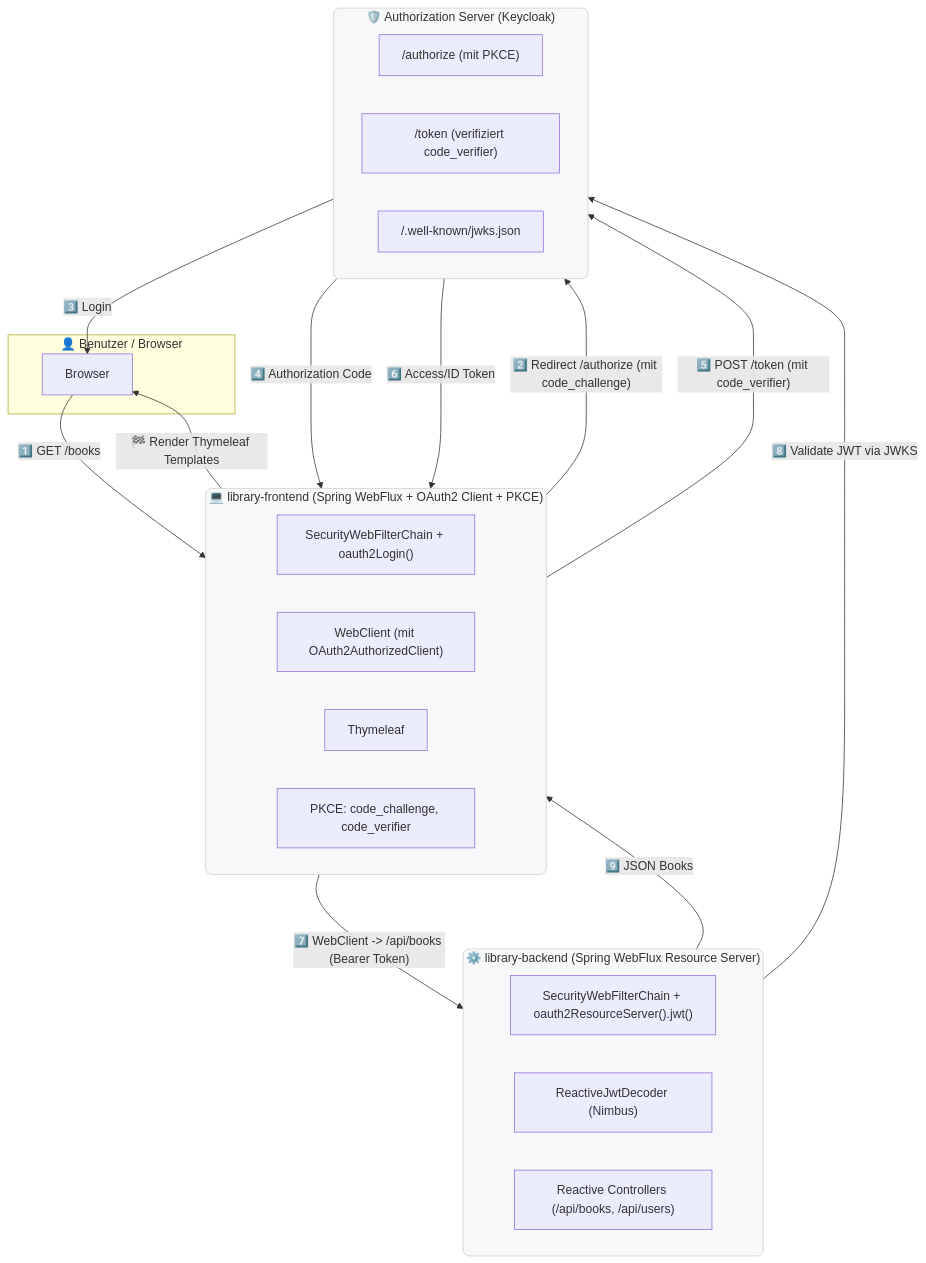
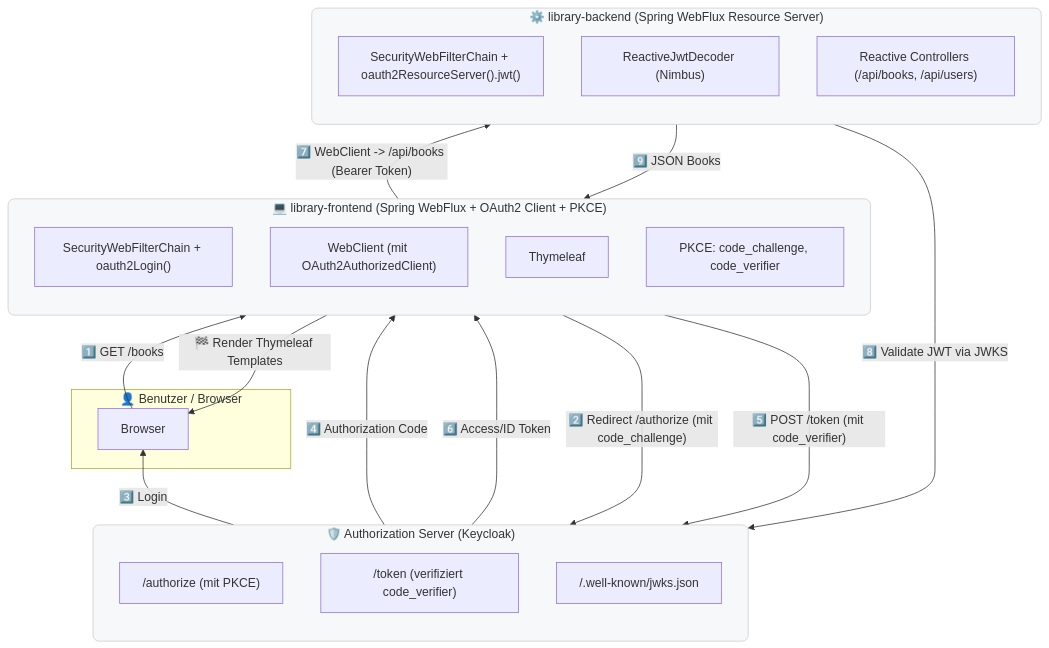
The first of 2 diagrams in README.md (kergru/library-reactive), drawn with Mermaid before and after one commit. The commit also changed other lines of this file and 24 other files, not shown here.

````diff
--- a/README.md
+++ b/README.md
@@ -39,44 +39,44 @@
 ```mermaid
-flowchart TB
+flowchart BT
     %% --- FRONTEND ---
     subgraph FRONTEND["💻 library-frontend (Spring WebFlux + OAuth2 Client + PKCE)"]
     F1["SecurityWebFilterChain + oauth2Login()"]
     F2["WebClient (mit OAuth2AuthorizedClient)"]
     F3["Thymeleaf"]
     F4["PKCE: code_challenge, code_verifier"]
     end
 
     %% --- BACKEND ---
     subgraph BACKEND["⚙️ library-backend (Spring WebFlux Resource Server)"]
         B1["SecurityWebFilterChain + oauth2ResourceServer().jwt()"]
         B2["ReactiveJwtDecoder (Nimbus)"]
         B3["Reactive Controllers (/api/books, /api/users)"]
     end
 
     %% --- AUTH SERVER ---
     subgraph AUTH["🛡️ Authorization Server (Keycloak)"]
         A1["/authorize (mit PKCE)"]
         A2["/token (verifiziert code_verifier)"]
         A3["/.well-known/jwks.json"]
     end
 
     %% --- USER ---
     subgraph USER["👤 Benutzer / Browser"]
         U1["Browser"]
     end
 
     %% --- FLOWS ---
     U1 -->|"1️⃣ GET /books"| FRONTEND
     FRONTEND -->|"2️⃣ Redirect /authorize (mit code_challenge)"| AUTH
     AUTH -->|"3️⃣ Login"| U1
     AUTH -->|"4️⃣ Authorization Code"| FRONTEND
     FRONTEND -->|"5️⃣ POST /token (mit code_verifier)"| AUTH
     AUTH -->|"6️⃣ Access/ID Token"| FRONTEND
     FRONTEND -->|"7️⃣ WebClient -> /api/books (Bearer Token)"| BACKEND
     BACKEND -->|"8️⃣ Validate JWT via JWKS"| AUTH
     BACKEND -->|"9️⃣ JSON Books"| FRONTEND
     FRONTEND -->|"🏁 Render Thymeleaf Templates"| U1
 
     classDef comp fill:#f6f8fa,stroke:#ccc,stroke-width:1px,rx:8px,ry:8px;
     class FRONTEND,BACKEND,AUTH comp;
 ```
````
